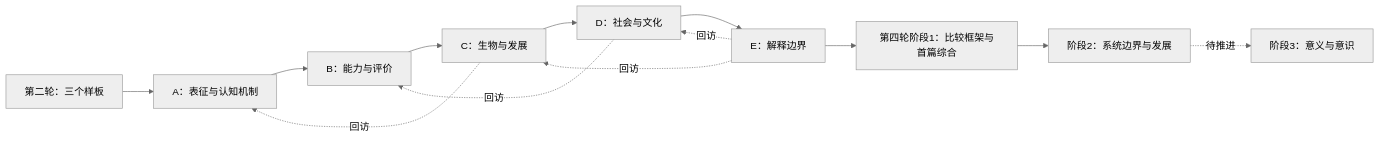
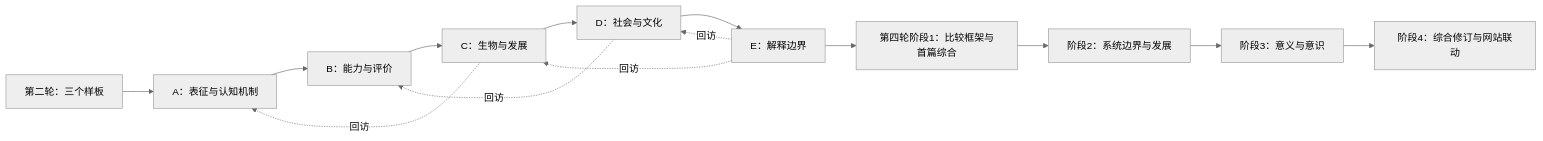
Before and after one commit to meiluosi/meiluosi.github.io: the diagram in docs/intelligence-history/research-roadmap.mmd, drawn with Mermaid (neutral theme). The commit also changed 222 other files, not shown here.

```diff
--- a/docs/intelligence-history/research-roadmap.mmd
+++ b/docs/intelligence-history/research-roadmap.mmd
@@ -1,13 +1,14 @@
 flowchart LR
     R2["第二轮：三个样板"] --> A["A：表征与认知机制"]
     A --> B["B：能力与评价"]
     B --> C["C：生物与发展"]
     C --> D["D：社会与文化"]
     D --> E["E：解释边界"]
     E --> R4["第四轮阶段1：比较框架与首篇综合"]
     R4 --> R42["阶段2：系统边界与发展"]
-    R42 -. "待推进" .-> R43["阶段3：意义与意识"]
+    R42 --> R43["阶段3：意义与意识"]
+    R43 --> R44["阶段4：综合修订与网站联动"]
     C -. "回访" .-> A
     D -. "回访" .-> B
     E -. "回访" .-> C
     E -. "回访" .-> D
```
